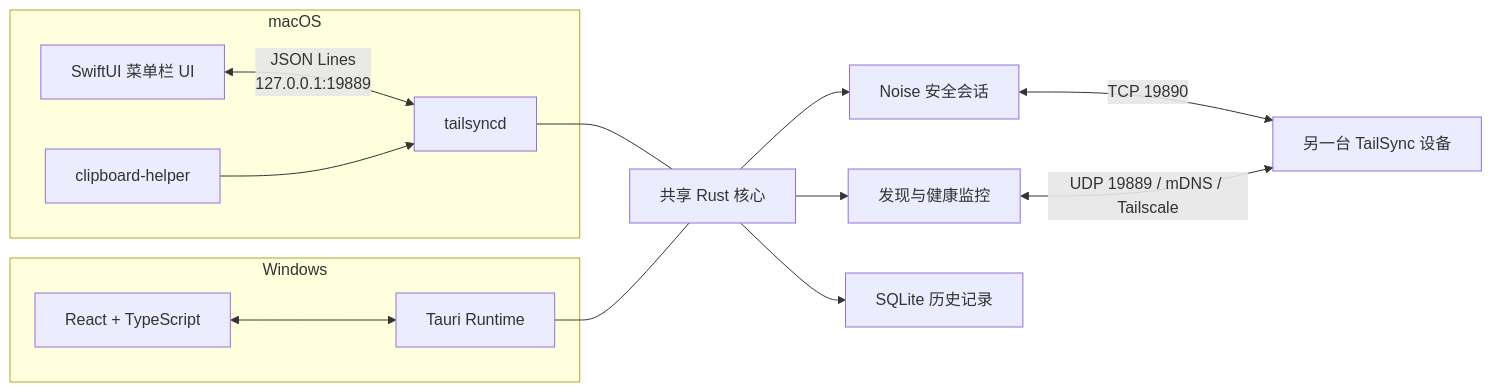
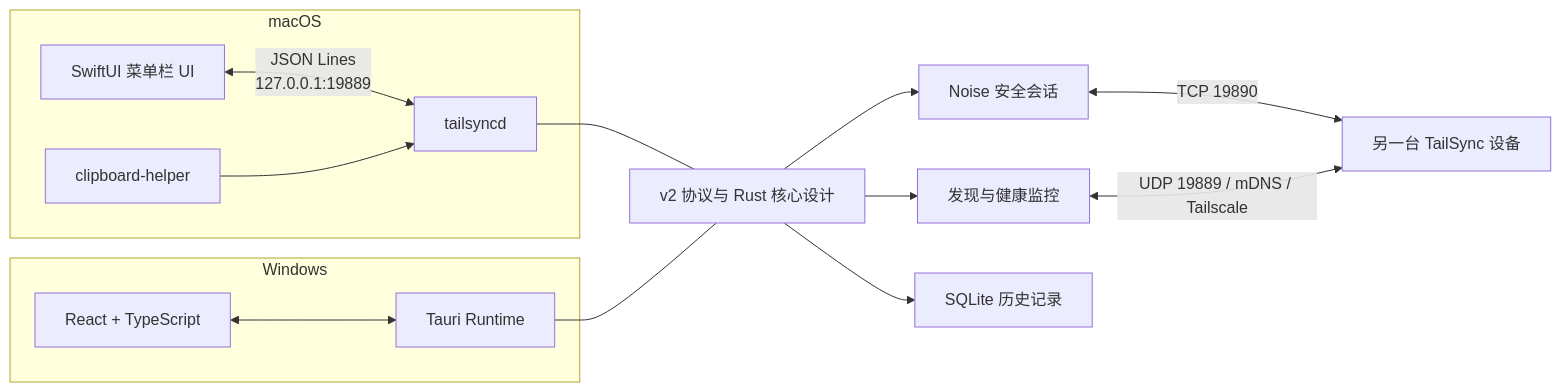
One commit to monet4070/TailSync changed the diagram in README.md. Above: the diagram before and after it, drawn with Mermaid. The commit also changed other lines of this file and 233 other files, not shown here.

````diff
--- a/README.md
+++ b/README.md
@@ -59,24 +61,24 @@
 ```mermaid
 flowchart LR
     subgraph Mac[macOS]
         S[SwiftUI 菜单栏 UI]
         D[tailsyncd]
         H[clipboard-helper]
         S <-->|JSON Lines<br/>127.0.0.1:19889| D
         H --> D
     end
 
     subgraph Win[Windows]
         R[React + TypeScript]
         T[Tauri Runtime]
         R <--> T
     end
 
-    D --- C[共享 Rust 核心]
+    D --- C[v2 协议与 Rust 核心设计]
     T --- C
     C --> P[发现与健康监控]
     C --> N[Noise 安全会话]
     C --> DB[SQLite 历史记录]
     N <-->|TCP 19890| Peer[另一台 TailSync 设备]
     P <-->|UDP 19889 / mDNS / Tailscale| Peer
 ```
````
